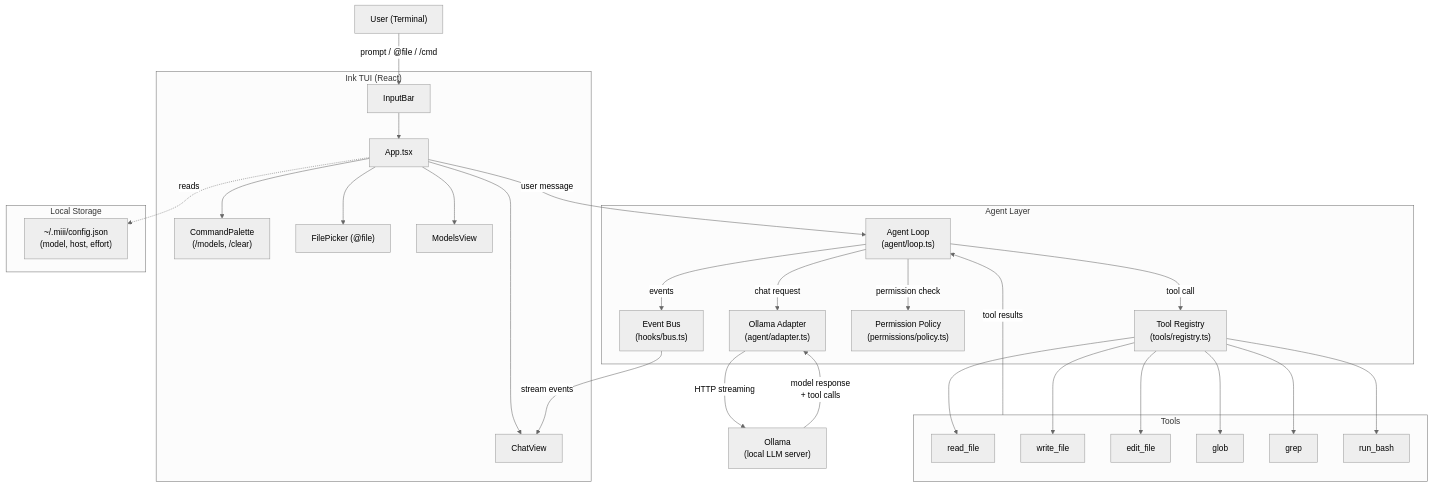
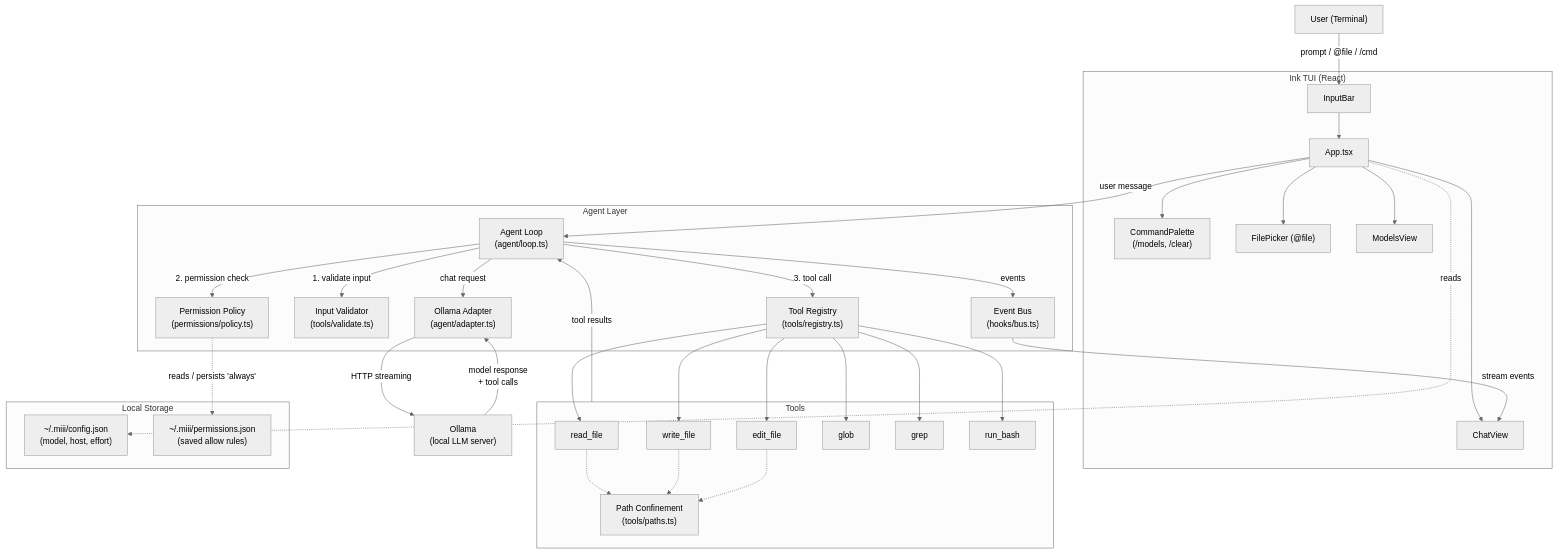
Before and after one commit to geomorillo/miii-cli: the diagram in README.md, drawn with Mermaid (neutral theme). The commit also changed other lines of this file and 12 other files, not shown here.

First line of the commit message:
feat(security): input validation, path confinement, persistent permissions

````diff
--- a/README.md
+++ b/README.md
@@ -124,42 +138,48 @@
 ```mermaid
 graph TD
     User["User (Terminal)"] -->|"prompt / @file / /cmd"| InputBar
 
     subgraph TUI ["Ink TUI (React)"]
         InputBar["InputBar"] --> App["App.tsx"]
         App --> ChatView["ChatView"]
         App --> CommandPalette["CommandPalette\n(/models, /clear)"]
         App --> FilePicker["FilePicker (@file)"]
         App --> ModelsView["ModelsView"]
     end
 
     App -->|"user message"| AgentLoop["Agent Loop\n(agent/loop.ts)"]
 
     subgraph Agent ["Agent Layer"]
         AgentLoop -->|"chat request"| Adapter["Ollama Adapter\n(agent/adapter.ts)"]
-        AgentLoop -->|"tool call"| ToolRegistry["Tool Registry\n(tools/registry.ts)"]
-        AgentLoop -->|"permission check"| Policy["Permission Policy\n(permissions/policy.ts)"]
+        AgentLoop -->|"1. validate input"| Validate["Input Validator\n(tools/validate.ts)"]
+        AgentLoop -->|"2. permission check"| Policy["Permission Policy\n(permissions/policy.ts)"]
+        AgentLoop -->|"3. tool call"| ToolRegistry["Tool Registry\n(tools/registry.ts)"]
         AgentLoop -->|"events"| EventBus["Event Bus\n(hooks/bus.ts)"]
     end
 
     subgraph Tools ["Tools"]
         ToolRegistry --> ReadFile["read_file"]
         ToolRegistry --> WriteFile["write_file"]
         ToolRegistry --> EditFile["edit_file"]
         ToolRegistry --> Glob["glob"]
         ToolRegistry --> Grep["grep"]
         ToolRegistry --> RunBash["run_bash"]
+        ReadFile -.-> Confine["Path Confinement\n(tools/paths.ts)"]
+        WriteFile -.-> Confine
+        EditFile -.-> Confine
     end
 
     Adapter -->|"HTTP streaming"| Ollama["Ollama\n(local LLM server)"]
     Ollama -->|"model response\n+ tool calls"| Adapter
 
     Tools -->|"tool results"| AgentLoop
     EventBus -->|"stream events"| ChatView
 
     subgraph Storage ["Local Storage"]
         Config["~/.miii/config.json\n(model, host, effort)"]
+        Rules["~/.miii/permissions.json\n(saved allow rules)"]
     end
 
     App -.->|"reads"| Config
+    Policy -.->|"reads / persists 'always'"| Rules
 ```
````
